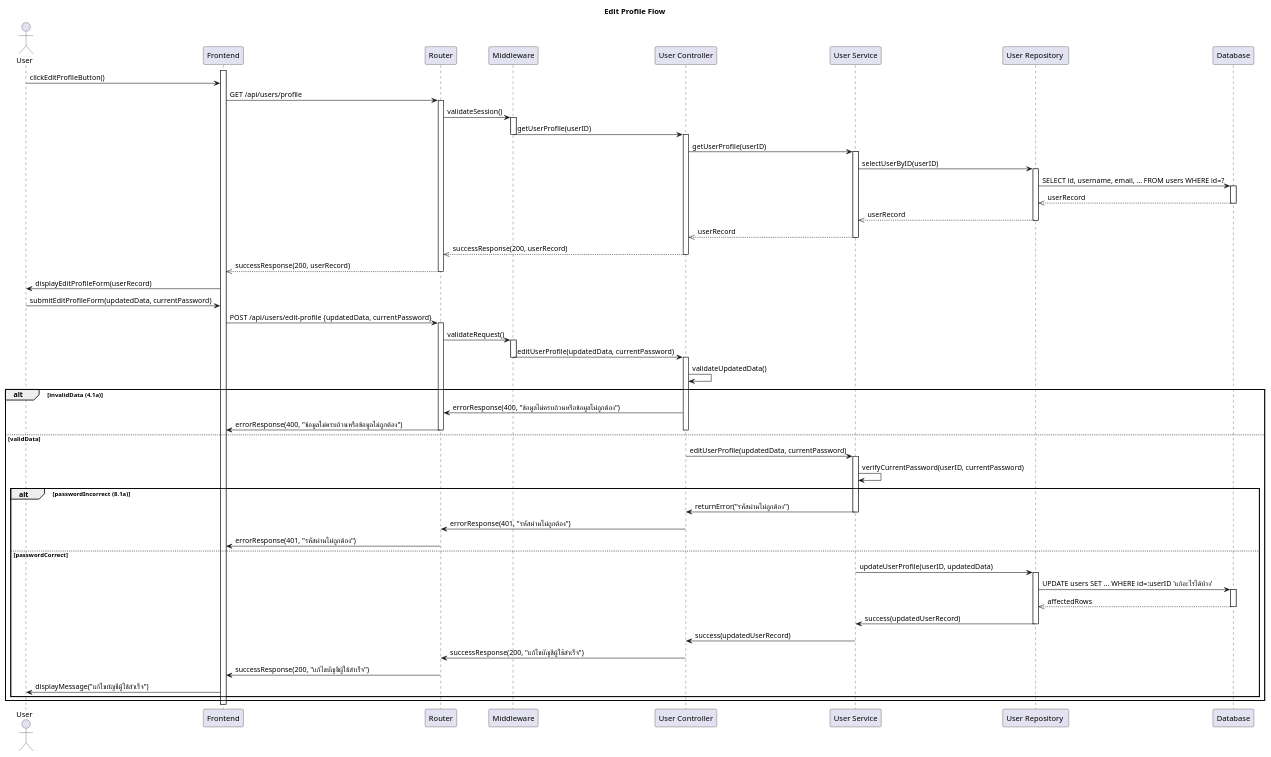
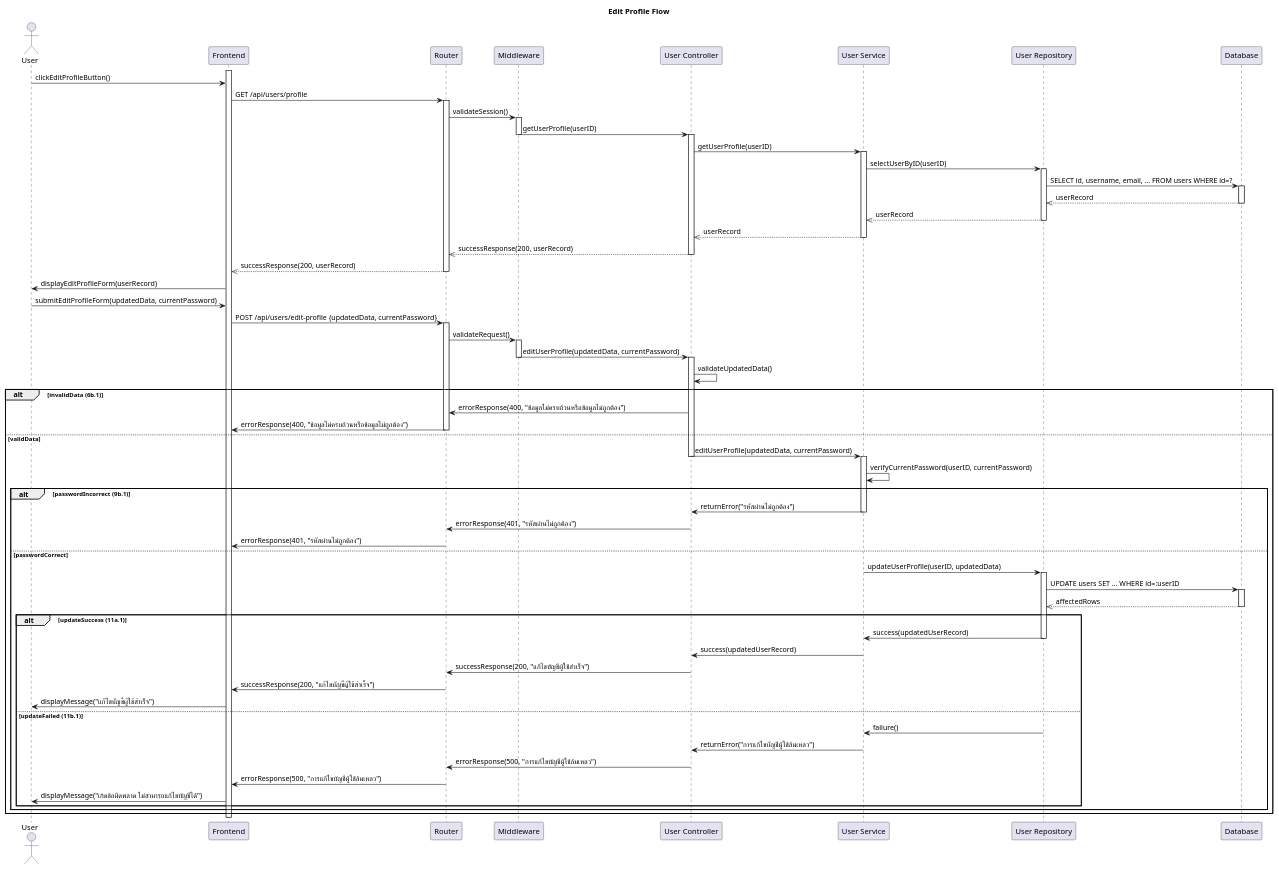
The diagram in SD-Edit-Profile.puml (CS371-Project-Management/CS371-Sequence-Diagram), drawn with PlantUML before and after one commit. The commit also changed 4 other files, not shown here.

```diff
--- a/SD-Edit-Profile.puml
+++ b/SD-Edit-Profile.puml
@@ -1,90 +1,104 @@
 @startuml
 title Edit Profile Flow
 
 actor User
 participant "Frontend" as FE
 participant Router
 participant "Middleware" as MW
 participant "User Controller" as Controller
 participant "User Service" as Service
-participant "User Repository " as Repository
+participant "User Repository" as Repository
 participant "Database" as DB
 
 'Retrieve User Profile'
 activate FE
 User -> FE: clickEditProfileButton()
 FE -> Router: GET /api/users/profile
 activate Router
 Router -> MW: validateSession()
 activate MW
 MW -> Controller: getUserProfile(userID)
 deactivate MW
 activate Controller
 Controller -> Service: getUserProfile(userID)
 
 activate Service
 Service -> Repository: selectUserByID(userID)
 activate Repository
 Repository -> DB: SELECT id, username, email, ... FROM users WHERE id=?
 activate DB
 DB -->> Repository: userRecord
 deactivate DB
 Repository -->> Service: userRecord
 deactivate Repository
 Service -->> Controller: userRecord
 deactivate Service
 Controller -->> Router: successResponse(200, userRecord)
 deactivate Controller
 Router -->> FE: successResponse(200, userRecord)
 deactivate Router
 FE -> User: displayEditProfileForm(userRecord)
 
 'Submit Edited Profile'
 User -> FE: submitEditProfileForm(updatedData, currentPassword)
 FE -> Router: POST /api/users/edit-profile {updatedData, currentPassword}
 activate Router
 Router -> MW: validateRequest()
 activate MW
 MW -> Controller: editUserProfile(updatedData, currentPassword)
 deactivate MW
 activate Controller
 Controller -> Controller: validateUpdatedData()
-alt invalidData (4.1a)
+alt invalidData (6b.1)
     Controller -> Router: errorResponse(400, "ข้อมูลไม่ครบถ้วนหรือข้อมูลไม่ถูกต้อง")
     Router -> FE: errorResponse(400, "ข้อมูลไม่ครบถ้วนหรือข้อมูลไม่ถูกต้อง")
-    deactivate Controller
     deactivate Router
 else validData
     Controller -> Service: editUserProfile(updatedData, currentPassword)
+    deactivate Controller
     activate Service
     Service -> Service: verifyCurrentPassword(userID, currentPassword)
-    alt passwordIncorrect (8.1a)
+    alt passwordIncorrect (9b.1)
         Service -> Controller: returnError("รหัสผ่านไม่ถูกต้อง")
         deactivate Service
         Controller -> Router: errorResponse(401, "รหัสผ่านไม่ถูกต้อง")
         Router -> FE: errorResponse(401, "รหัสผ่านไม่ถูกต้อง")
         deactivate Controller
         deactivate MW
         deactivate Router
     else passwordCorrect
         Service -> Repository: updateUserProfile(userID, updatedData)
         activate Repository
-        Repository -> DB: UPDATE users SET ... WHERE id=:userID 'แก้อะไรได้บ้าง'
+        Repository -> DB: UPDATE users SET ... WHERE id=:userID
         activate DB
         DB -->> Repository: affectedRows
         deactivate DB
+
+        alt updateSuccess (11a.1)
             Repository -> Service: success(updatedUserRecord)
             deactivate Repository
             Service -> Controller: success(updatedUserRecord)
             deactivate Service
             Controller -> Router: successResponse(200, "แก้ไขบัญชีผู้ใช้สำเร็จ")
             Router -> FE: successResponse(200, "แก้ไขบัญชีผู้ใช้สำเร็จ")
             deactivate Controller
             deactivate MW
             deactivate Router
             FE -> User: displayMessage("แก้ไขบัญชีผู้ใช้สำเร็จ")
+        else updateFailed (11b.1)
+            Repository -> Service: failure()
+            deactivate Repository
+            Service -> Controller: returnError("การแก้ไขบัญชีผู้ใช้ล้มเหลว")
+            deactivate Service
+            Controller -> Router: errorResponse(500, "การแก้ไขบัญชีผู้ใช้ล้มเหลว")
+            Router -> FE: errorResponse(500, "การแก้ไขบัญชีผู้ใช้ล้มเหลว")
+            deactivate Controller
+            deactivate MW
+            deactivate Router
+            FE -> User: displayMessage("เกิดข้อผิดพลาด ไม่สามารถแก้ไขบัญชีได้")
+        end
     end
 end
 deactivate FE
 
 @enduml
```
